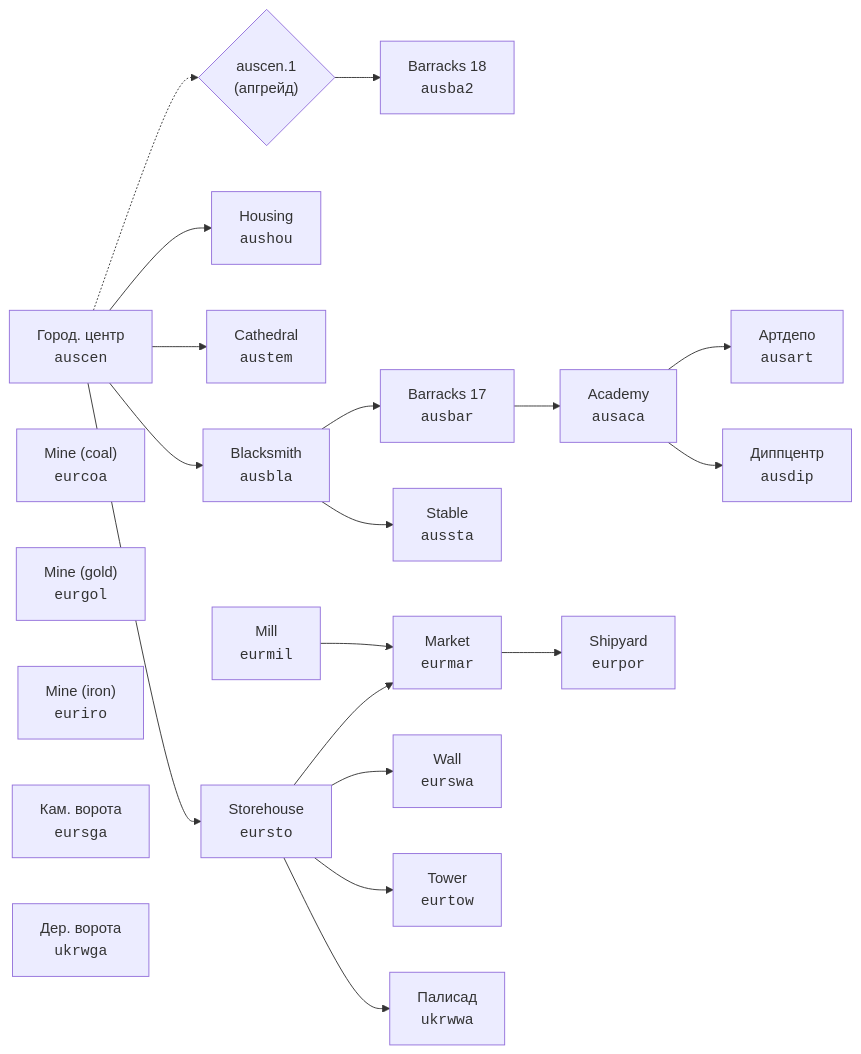
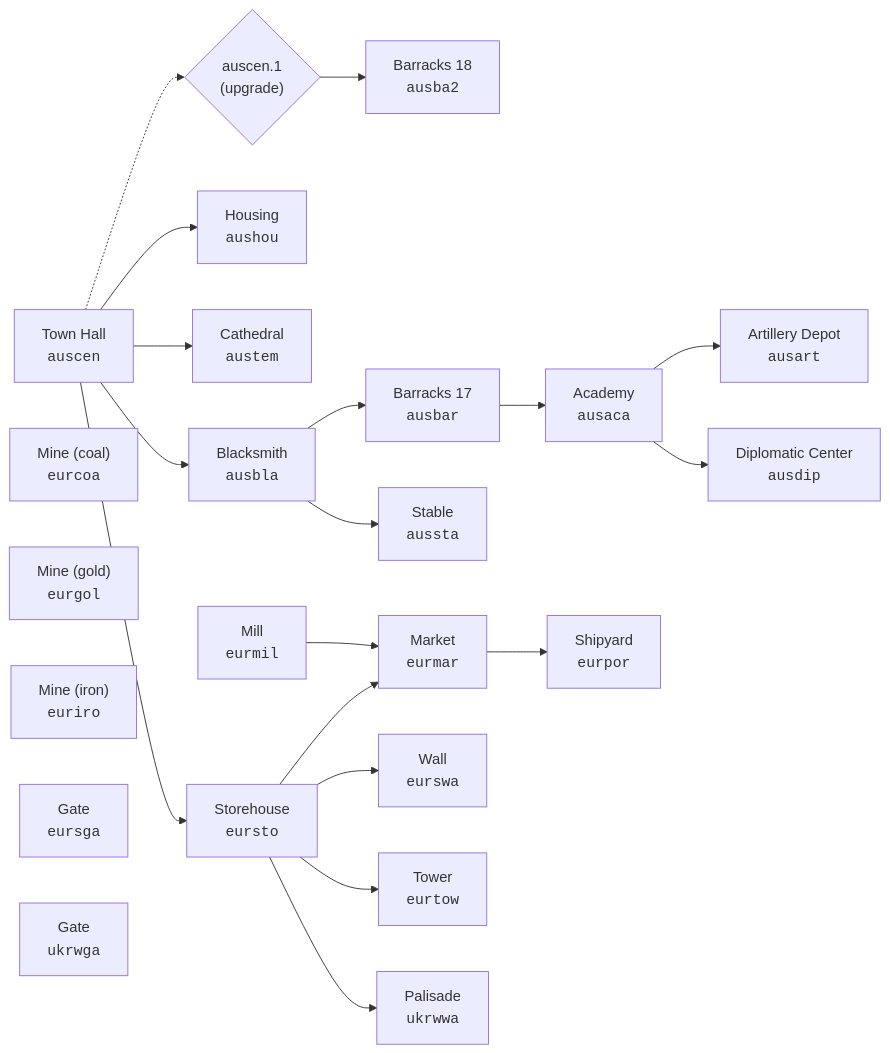
The diagram in docs_en/reports/tech/tech_tree.md (anyalink99/cossacks-3-almanac), drawn with Mermaid before and after one commit. The commit also changed other lines of this file and 99 other files, not shown here.

````diff
--- a/docs_en/reports/tech/tech_tree.md
+++ b/docs_en/reports/tech/tech_tree.md
@@ -13,43 +15,43 @@
 ```mermaid
 graph LR
     ausaca["Academy<br/><code>ausaca</code>"]
-    ausart["Артдепо<br/><code>ausart</code>"]
+    ausart["Artillery Depot<br/><code>ausart</code>"]
     ausba2["Barracks 18<br/><code>ausba2</code>"]
     ausbar["Barracks 17<br/><code>ausbar</code>"]
     ausbla["Blacksmith<br/><code>ausbla</code>"]
-    auscen["Город. центр<br/><code>auscen</code>"]
-    ausdip["Диппцентр<br/><code>ausdip</code>"]
+    auscen["Town Hall<br/><code>auscen</code>"]
+    ausdip["Diplomatic Center<br/><code>ausdip</code>"]
     aushou["Housing<br/><code>aushou</code>"]
     aussta["Stable<br/><code>aussta</code>"]
     austem["Cathedral<br/><code>austem</code>"]
     eurcoa["Mine (coal)<br/><code>eurcoa</code>"]
     eurgol["Mine (gold)<br/><code>eurgol</code>"]
     euriro["Mine (iron)<br/><code>euriro</code>"]
     eurmar["Market<br/><code>eurmar</code>"]
     eurmil["Mill<br/><code>eurmil</code>"]
     eurpor["Shipyard<br/><code>eurpor</code>"]
-    eursga["Кам. ворота<br/><code>eursga</code>"]
+    eursga["Gate<br/><code>eursga</code>"]
     eursto["Storehouse<br/><code>eursto</code>"]
     eurswa["Wall<br/><code>eurswa</code>"]
     eurtow["Tower<br/><code>eurtow</code>"]
-    ukrwga["Дер. ворота<br/><code>ukrwga</code>"]
-    ukrwwa["Палисад<br/><code>ukrwwa</code>"]
+    ukrwga["Gate<br/><code>ukrwga</code>"]
+    ukrwwa["Palisade<br/><code>ukrwwa</code>"]
     ausbar --> ausaca
     ausaca --> ausart
-    auscen_1{"auscen.1<br/>(апгрейд)"}
+    auscen_1{"auscen.1<br/>(upgrade)"}
     auscen_1 --> ausba2
     auscen -.-> auscen_1
     ausbla --> ausbar
     auscen --> ausbla
     ausaca --> ausdip
     auscen --> aushou
     ausbla --> aussta
     auscen --> austem
     eurmil --> eurmar
     eursto --> eurmar
     eurmar --> eurpor
     auscen --> eursto
     eursto --> eurswa
     eursto --> eurtow
     eursto --> ukrwwa
 ```
````
